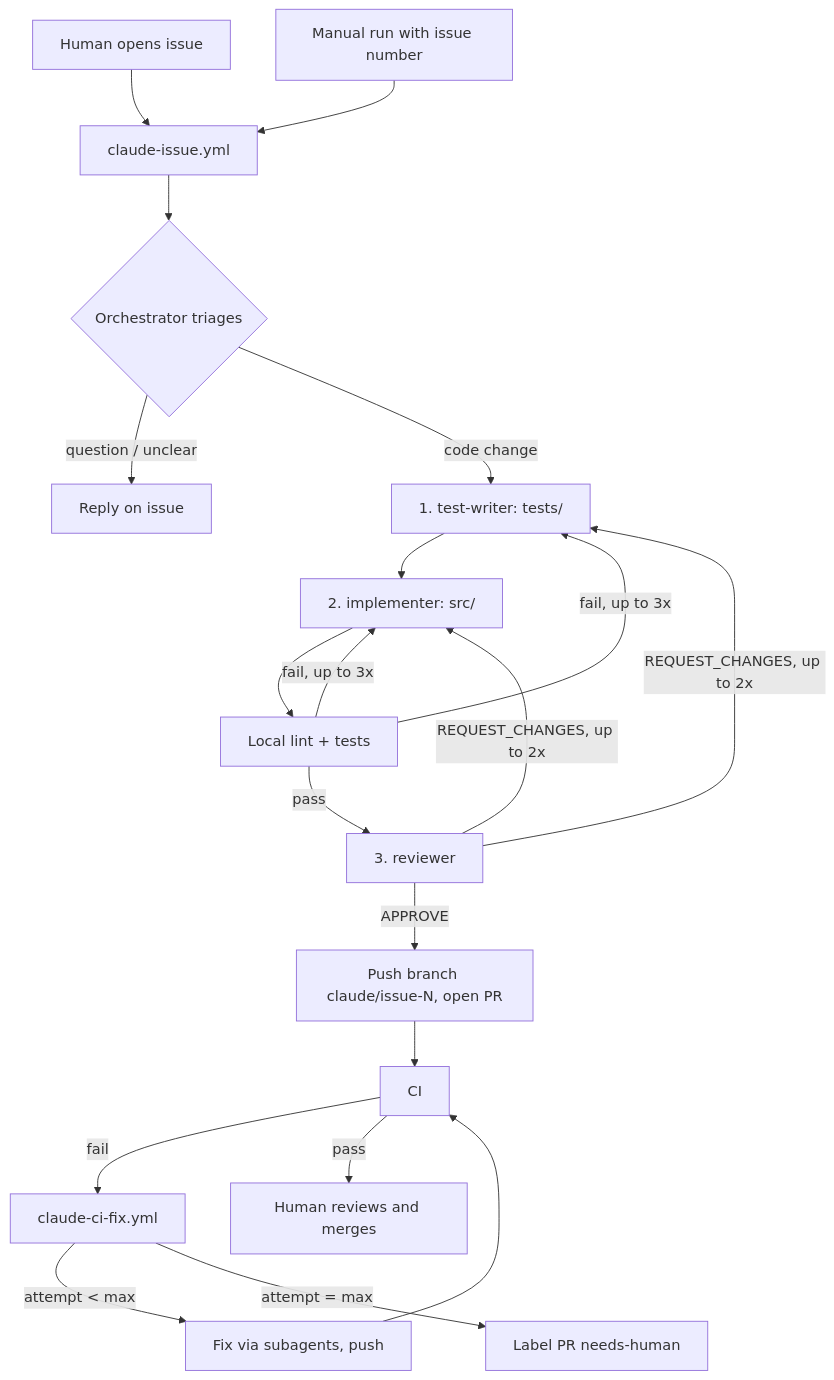
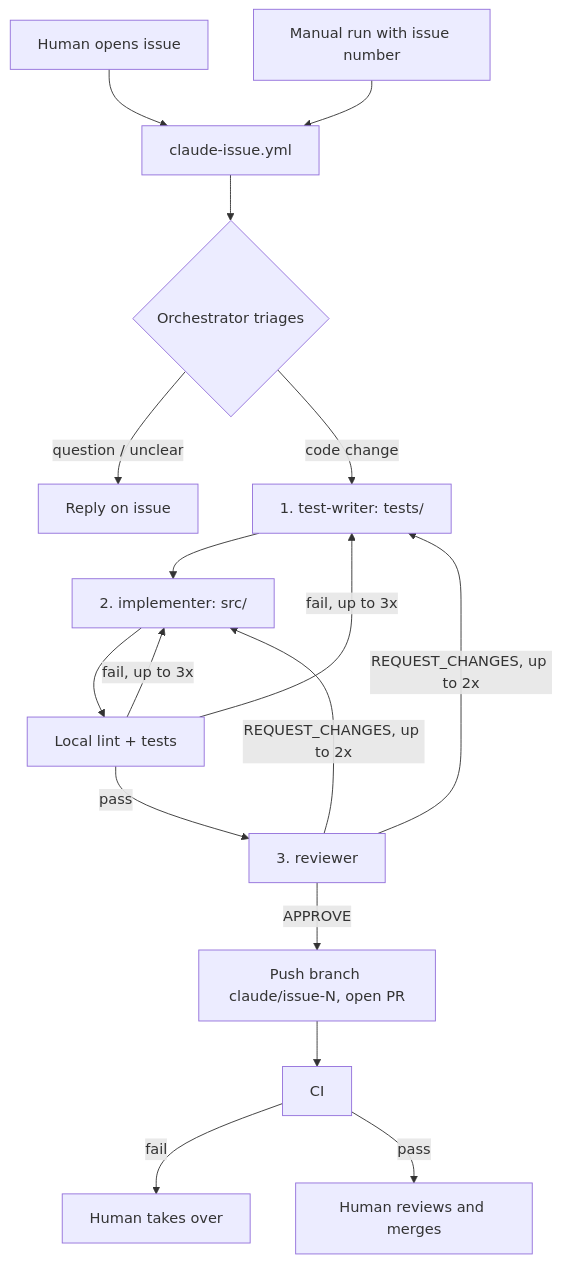
Before and after one commit to kmura2026/cellular-automata-lab: the diagram in docs/ai-workflow.md, drawn with Mermaid. The commit also changed other lines of this file and 4 other files, not shown here.

````diff
--- a/docs/ai-workflow.md
+++ b/docs/ai-workflow.md
@@ -3,19 +3,17 @@
 ```mermaid
 flowchart TD
     A[Human opens issue] --> B[claude-issue.yml]
     M[Manual run with issue number] --> B
     B --> C{Orchestrator triages}
     C -- question / unclear --> R[Reply on issue]
     C -- code change --> E[1. test-writer: tests/]
     E --> D[2. implementer: src/]
     D --> F[Local lint + tests]
     F -- fail, up to 3x --> E & D
     F -- pass --> G[3. reviewer]
     G -- REQUEST_CHANGES, up to 2x --> E & D
     G -- APPROVE --> H[Push branch claude/issue-N, open PR]
     H --> I[CI]
-    I -- fail --> J[claude-ci-fix.yml]
-    J -- attempt < max --> K[Fix via subagents, push] --> I
-    J -- attempt = max --> L[Label PR needs-human]
+    I -- fail --> L[Human takes over]
     I -- pass --> N[Human reviews and merges]
 ```
````
